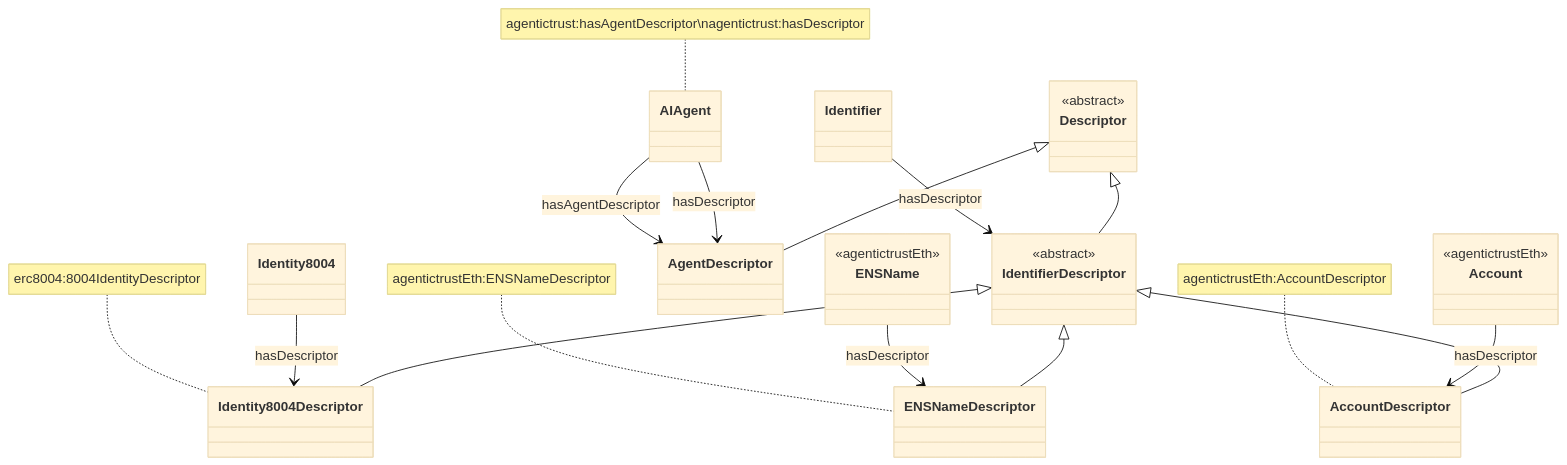
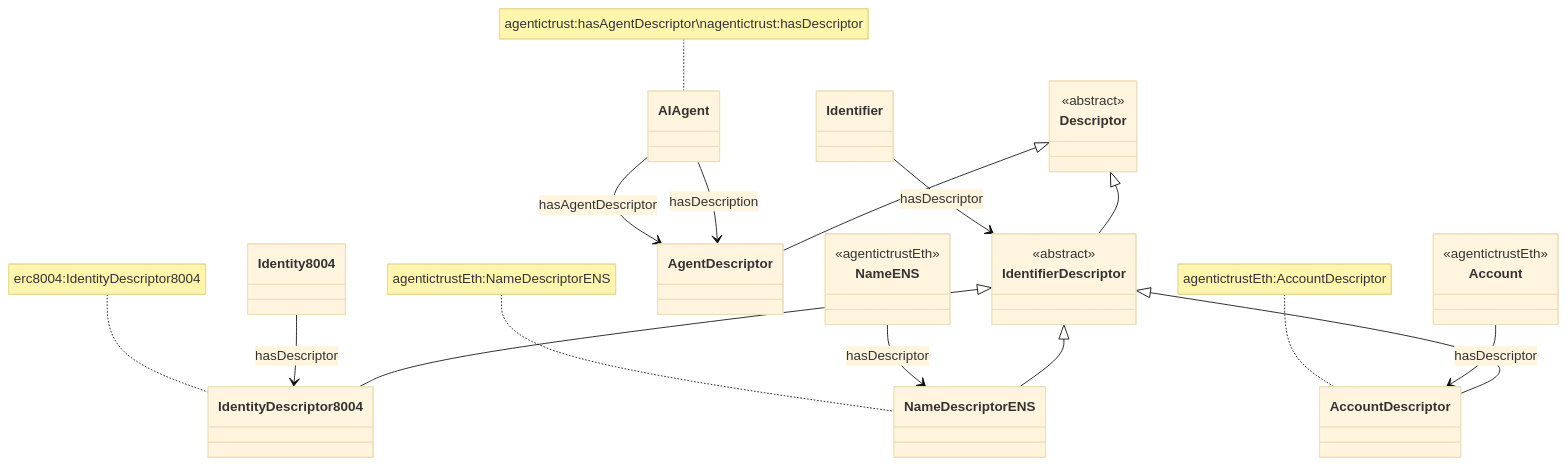
One commit to Agentic-Trust-Layer/agent-explorer changed the sixth of 6 diagrams in docs/ontology/identifiers.md. Above: the diagram before and after it, drawn with Mermaid (base theme). The commit also changed other lines of this file and 13 other files, not shown here.

````diff
--- a/docs/ontology/identifiers.md
+++ b/docs/ontology/identifiers.md
@@ -320,47 +320,47 @@
 ```mermaid
 classDiagram
     class AIAgent {
     }
     class Identifier {
     }
     class Identity8004 {
     }
-    class ENSName {
+    class NameENS {
         <<agentictrustEth>>
     }
     class Account {
         <<agentictrustEth>>
     }
     class Descriptor {
         <<abstract>>
     }
     class AgentDescriptor {
     }
     class IdentifierDescriptor {
         <<abstract>>
     }
-    class Identity8004Descriptor {
+    class IdentityDescriptor8004 {
     }
-    class ENSNameDescriptor {
+    class NameDescriptorENS {
     }
     class AccountDescriptor {
     }
     
     AIAgent --> AgentDescriptor : hasAgentDescriptor
-    AIAgent --> AgentDescriptor : hasDescriptor
+    AIAgent --> AgentDescriptor : hasDescription
     Identifier --> IdentifierDescriptor : hasDescriptor
-    Identity8004 --> Identity8004Descriptor : hasDescriptor
-    ENSName --> ENSNameDescriptor : hasDescriptor
+    Identity8004 --> IdentityDescriptor8004 : hasDescriptor
+    NameENS --> NameDescriptorENS : hasDescriptor
     Account --> AccountDescriptor : hasDescriptor
     
-    note for Identity8004Descriptor "erc8004:8004IdentityDescriptor"
-    note for ENSNameDescriptor "agentictrustEth:ENSNameDescriptor"
+    note for IdentityDescriptor8004 "erc8004:IdentityDescriptor8004"
+    note for NameDescriptorENS "agentictrustEth:NameDescriptorENS"
     note for AccountDescriptor "agentictrustEth:AccountDescriptor"
     note for AIAgent "agentictrust:hasAgentDescriptor\nagentictrust:hasDescriptor"
     
     Descriptor <|-- AgentDescriptor
     Descriptor <|-- IdentifierDescriptor
-    IdentifierDescriptor <|-- Identity8004Descriptor
-    IdentifierDescriptor <|-- ENSNameDescriptor
+    IdentifierDescriptor <|-- IdentityDescriptor8004
+    IdentifierDescriptor <|-- NameDescriptorENS
     IdentifierDescriptor <|-- AccountDescriptor
 ```
````
